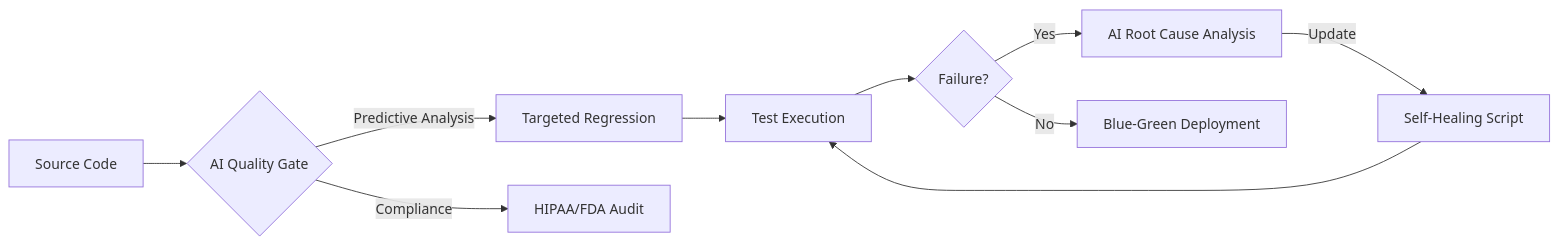
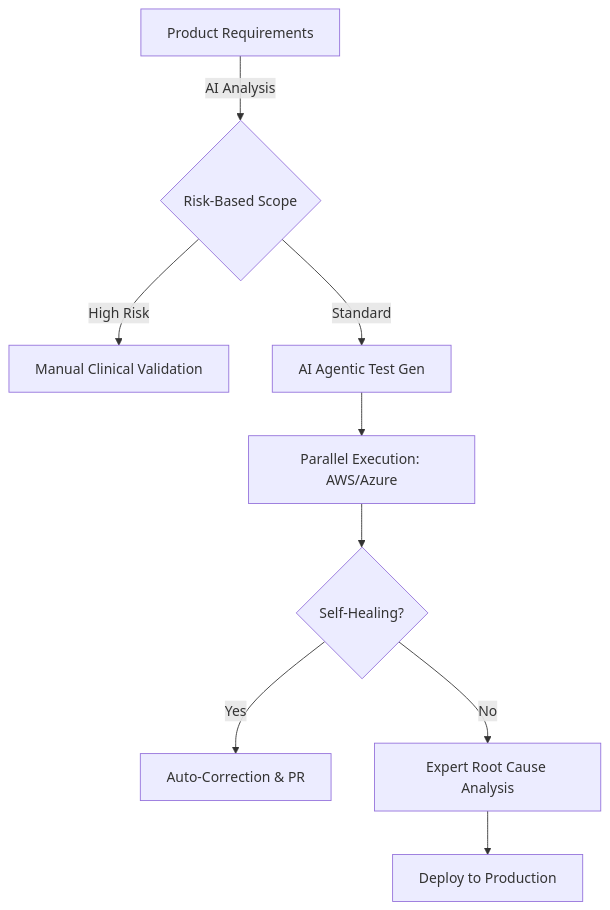
The diagram in README.md (darshil0/darshil0), drawn with Mermaid before and after one commit. The commit also changed other lines of this file, not shown here.

````diff
--- a/README.md
+++ b/README.md
@@ -32,13 +21,12 @@
 ```mermaid
-graph LR
-    A[Source Code] --> B{AI Quality Gate}
-    B -->|Predictive Analysis| C[Targeted Regression]
-    B -->|Compliance| D[HIPAA/FDA Audit]
-    C --> E[Test Execution]
-    E --> F{Failure?}
-    F -->|Yes| G[AI Root Cause Analysis]
-    G -->|Update| H[Self-Healing Script]
-    H --> E
-    F -->|No| I[Blue-Green Deployment]
+graph TD
+    A[Product Requirements] -->|AI Analysis| B{Risk-Based Scope}
+    B -->|High Risk| C[Manual Clinical Validation]
+    B -->|Standard| D[AI Agentic Test Gen]
+    D --> E[Parallel Execution: AWS/Azure]
+    E --> F{Self-Healing?}
+    F -->|Yes| G[Auto-Correction & PR]
+    F -->|No| H[Expert Root Cause Analysis]
+    H --> I[Deploy to Production]
 
 ```
````
